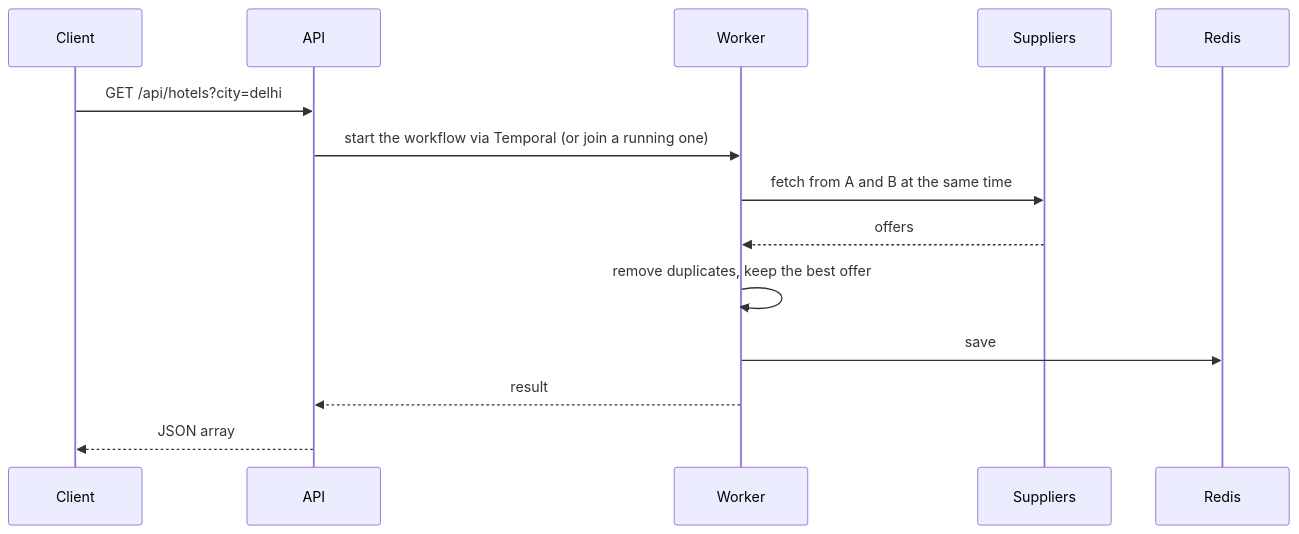
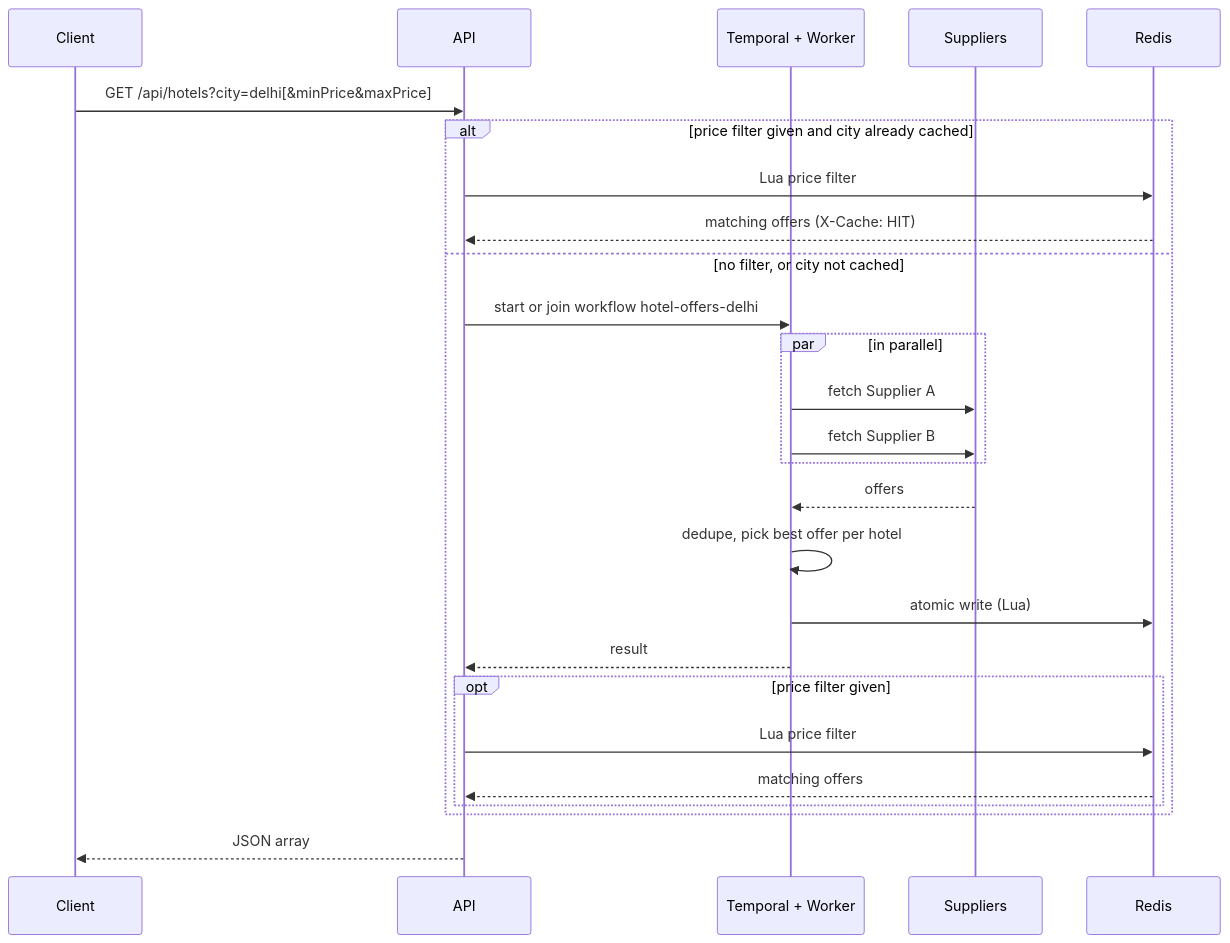
The diagram in docs/diagrams/request-sequence.mmd (Vanisha-vc5/hotel-offer-orchestrator), drawn with Mermaid before and after one commit. The commit also changed 24 other files, not shown here.

```diff
--- a/docs/diagrams/request-sequence.mmd
+++ b/docs/diagrams/request-sequence.mmd
@@ -1,15 +1,27 @@
 sequenceDiagram
     participant C as Client
     participant API
-    participant W as Worker
+    participant T as Temporal + Worker
     participant S as Suppliers
     participant R as Redis
 
-    C->>API: GET /api/hotels?city=delhi
-    API->>W: start the workflow via Temporal (or join a running one)
-    W->>S: fetch from A and B at the same time
-    S-->>W: offers
-    W->>W: remove duplicates, keep the best offer
-    W->>R: save
-    W-->>API: result
+    C->>API: GET /api/hotels?city=delhi[&minPrice&maxPrice]
+    alt price filter given and city already cached
+        API->>R: Lua price filter
+        R-->>API: matching offers (X-Cache: HIT)
+    else no filter, or city not cached
+        API->>T: start or join workflow hotel-offers-delhi
+        par in parallel
+            T->>S: fetch Supplier A
+            T->>S: fetch Supplier B
+        end
+        S-->>T: offers
+        T->>T: dedupe, pick best offer per hotel
+        T->>R: atomic write (Lua)
+        T-->>API: result
+        opt price filter given
+            API->>R: Lua price filter
+            R-->>API: matching offers
+        end
+    end
     API-->>C: JSON array
```
